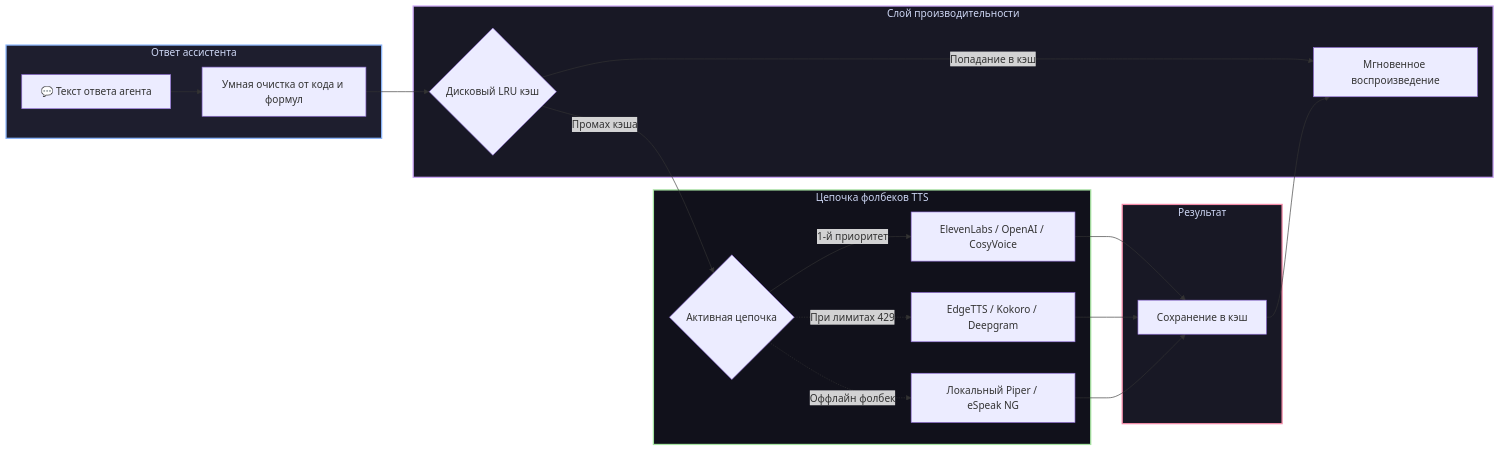
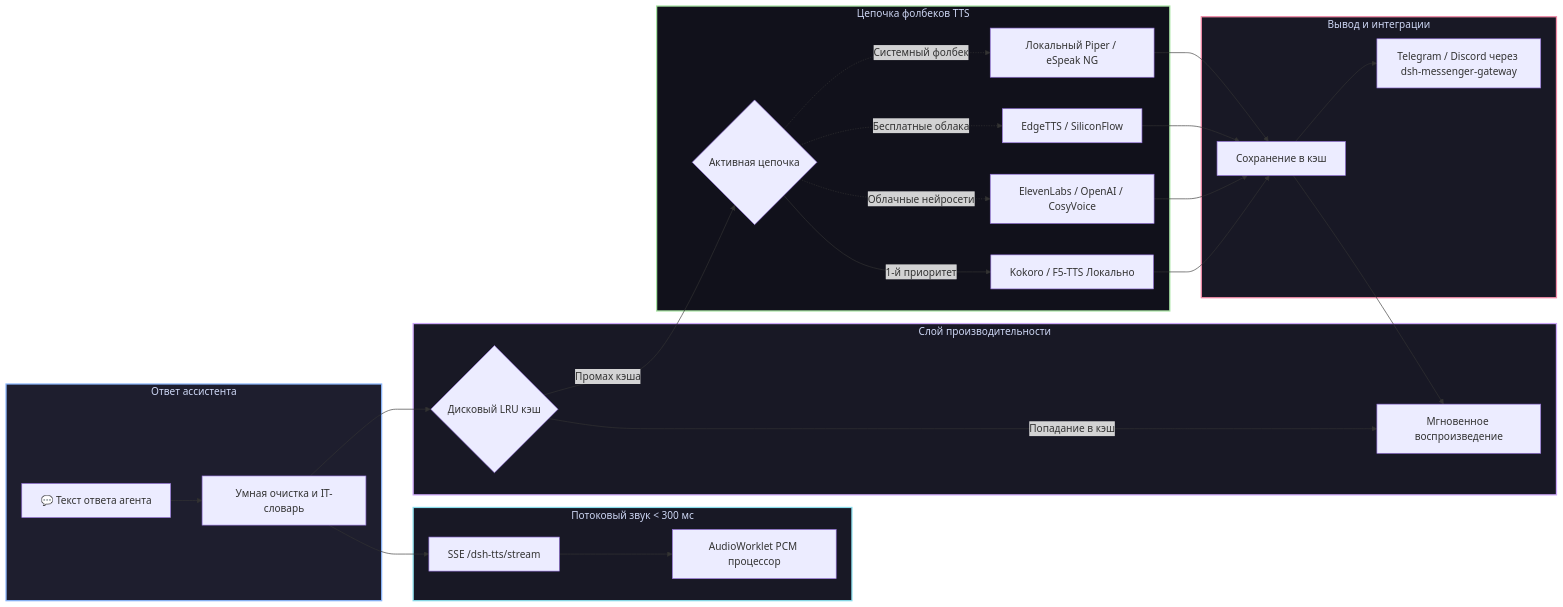
Before and after one commit to GooDAnDReaDY/dsh-tts: the diagram in README.ru.md, drawn with Mermaid. The commit also changed other lines of this file and 2 other files, not shown here.

Commit message:
docs: update all READMEs (EN/RU/ZH) for v0.3.20 release — local engines, streaming, IT dict, messenger integration

````diff
--- a/README.ru.md
+++ b/README.ru.md
@@ -34,30 +34,39 @@
 ```mermaid
 graph LR
     subgraph Input [Ответ ассистента]
-        Reply[💬 Текст ответа агента] --> Scrub[Умная очистка от кода и формул]
+        Reply[💬 Текст ответа агента] --> Scrub[Умная очистка и IT-словарь]
+    end
+
+    subgraph Stream [Потоковый звук < 300 мс]
+        Scrub --> SSE[SSE /dsh-tts/stream]
+        SSE --> Worklet[AudioWorklet PCM процессор]
     end
 
     subgraph Cache [Слой производительности]
         Scrub --> LRU{Дисковый LRU кэш}
         LRU -->|Попадание в кэш| Play[Мгновенное воспроизведение]
     end
 
     subgraph Fallback [Цепочка фолбеков TTS]
         LRU -->|Промах кэша| Chain{Активная цепочка}
-        Chain -->|1-й приоритет| P1[ElevenLabs / OpenAI / CosyVoice]
-        Chain -.->|При лимитах 429| P2[EdgeTTS / Kokoro / Deepgram]
-        Chain -.->|Оффлайн фолбек| P3[Локальный Piper / eSpeak NG]
+        Chain -->|1-й приоритет| P1[Kokoro / F5-TTS Локально]
+        Chain -.->|Облачные нейросети| P2[ElevenLabs / OpenAI / CosyVoice]
+        Chain -.->|Бесплатные облака| P3[EdgeTTS / SiliconFlow]
+        Chain -.->|Системный фолбек| P4[Локальный Piper / eSpeak NG]
     end
 
-    subgraph Output [Результат]
+    subgraph Output [Вывод и интеграции]
         P1 --> Store[Сохранение в кэш]
         P2 --> Store
         P3 --> Store
+        P4 --> Store
         Store --> Play
+        Store --> Msg[Telegram / Discord через dsh-messenger-gateway]
     end
 
     style Input fill:#1e1e2e,stroke:#89b4fa,stroke-width:2px,color:#cdd6f4
+    style Stream fill:#181825,stroke:#89dceb,stroke-width:2px,color:#cdd6f4
     style Cache fill:#181825,stroke:#cba6f7,stroke-width:2px,color:#cdd6f4
     style Fallback fill:#11111b,stroke:#a6e3a1,stroke-width:2px,color:#cdd6f4
     style Output fill:#181825,stroke:#f38ba8,stroke-width:2px,color:#cdd6f4
 ```
````
